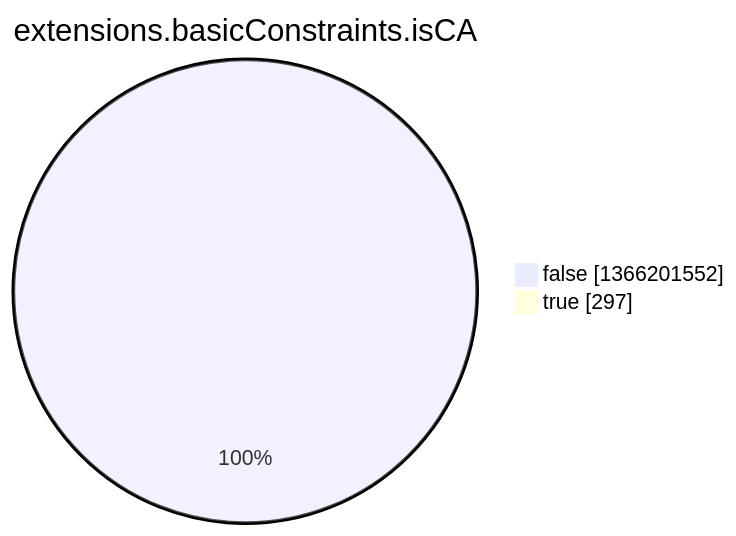
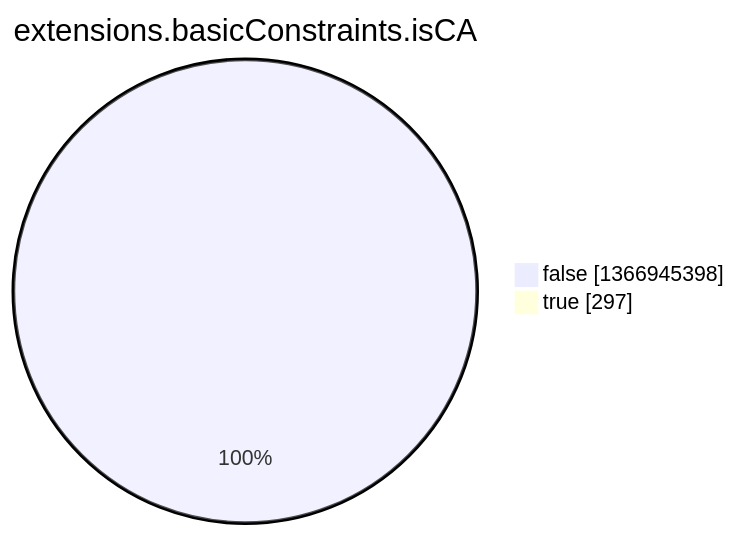
One commit to christiankrug/ctmonitor_visualization changed the eighth of 15 diagrams in argon2022/README.md. Above: the diagram before and after it, drawn with Mermaid. The commit also changed other lines of this file, not shown here.

````diff
--- a/argon2022/README.md
+++ b/argon2022/README.md
@@ -2758,6 +2758,6 @@
 ```mermaid
 pie showData
 title extensions.basicConstraints.isCA
-"false" :1366201552
+"false" :1366945398
 "true" :297
 ```
````
